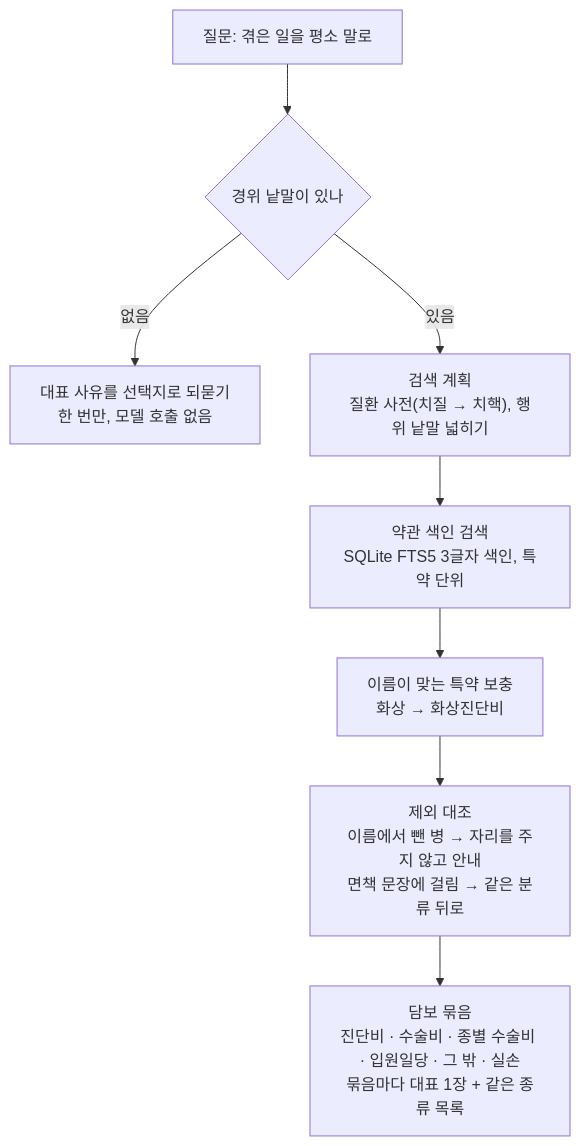
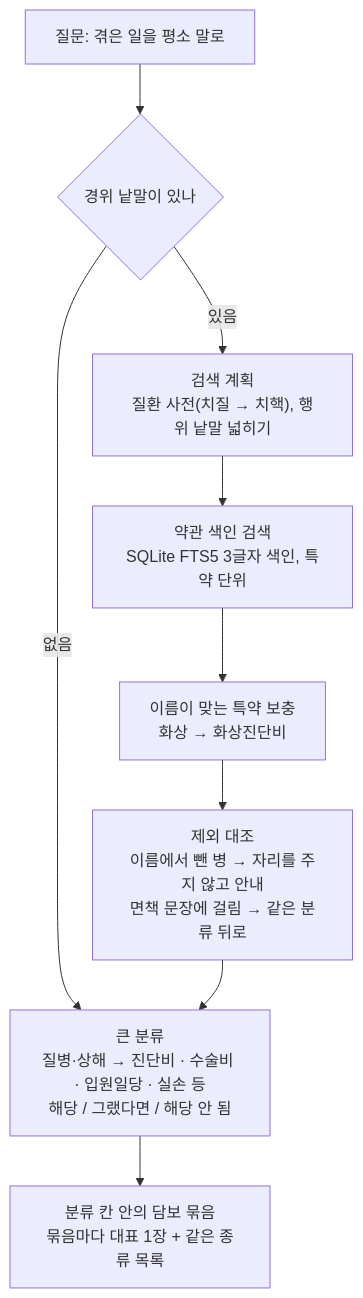
Before and after one commit to wpalswpa/foundshu-rag-evidence: the first of 2 diagrams in README.md, drawn with Mermaid. The commit also changed other lines of this file and 6 other files, not shown here.

````diff
--- a/README.md
+++ b/README.md
@@ -33,10 +33,11 @@
 ```mermaid
 flowchart TD
   Q["질문: 겪은 일을 평소 말로"] --> C{"경위 낱말이 있나"}
   C -->|"없음"| K["대표 사유를 선택지로 되묻기<br>한 번만, 모델 호출 없음"]
   C -->|"있음"| P["검색 계획<br>질환 사전(치질 → 치핵), 행위 낱말 넓히기"]
   P --> S["약관 색인 검색<br>SQLite FTS5 3글자 색인, 특약 단위"]
   S --> N["이름이 맞는 특약 보충<br>화상 → 화상진단비"]
   N --> X["제외 대조<br>이름에서 뺀 병 → 자리를 주지 않고 안내<br>면책 문장에 걸림 → 같은 분류 뒤로"]
-  X --> G["담보 묶음<br>진단비 · 수술비 · 종별 수술비 · 입원일당 · 그 밖 · 실손<br>묶음마다 대표 1장 + 같은 종류 목록"]
+  X --> K["큰 분류<br>질병·상해 → 진단비 · 수술비 · 입원일당 · 실손 등<br>해당 / 그랬다면 / 해당 안 됨"]
+  K --> G["분류 칸 안의 담보 묶음<br>묶음마다 대표 1장 + 같은 종류 목록"]
 ```
````
